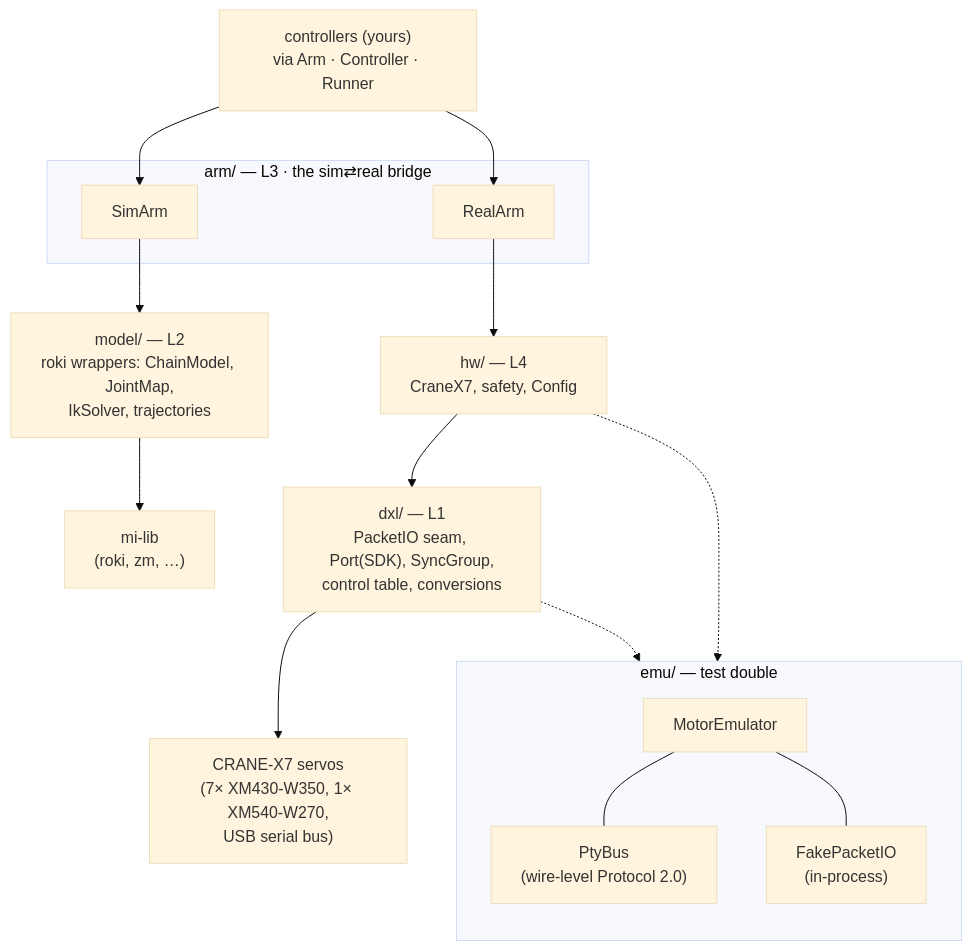
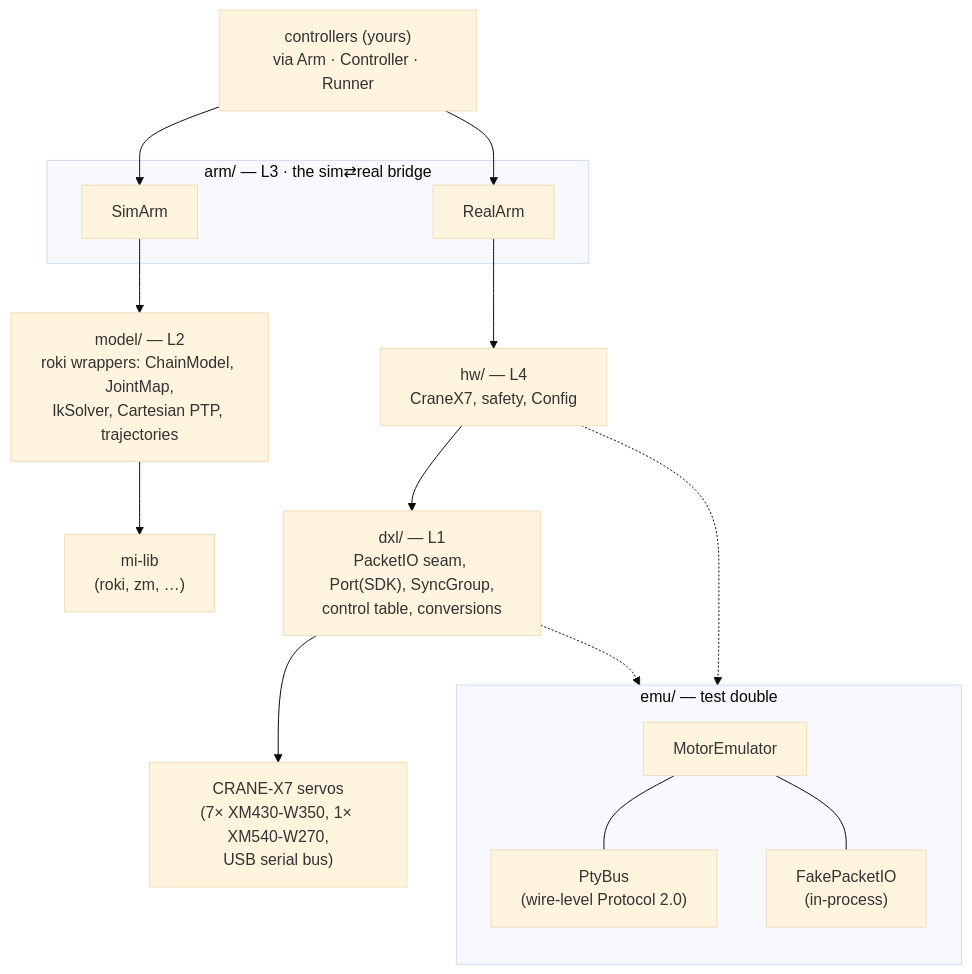
Before and after one commit to hrshtst/rtctrl: the diagram in docs/guide/architecture.md, drawn with Mermaid (base theme). The commit also changed other lines of this file and 2 other files, not shown here.

Commit message:
docs: document Cartesian PTP planning

````diff
--- a/docs/guide/architecture.md
+++ b/docs/guide/architecture.md
@@ -5,35 +5,35 @@
 ```mermaid
 flowchart TB
     C["controllers (yours)<br>via Arm · Controller · Runner"]
 
     subgraph ARM["arm/ — L3 · the sim⇄real bridge"]
         SIM["SimArm"]
         REAL["RealArm"]
     end
 
-    MODEL["model/ — L2<br>roki wrappers: ChainModel, JointMap,<br>IkSolver, trajectories"]
+    MODEL["model/ — L2<br>roki wrappers: ChainModel, JointMap,<br>IkSolver, Cartesian PTP, trajectories"]
     HW["hw/ — L4<br>CraneX7, safety, Config"]
     MILIB["mi-lib<br>(roki, zm, …)"]
     DXL["dxl/ — L1<br>PacketIO seam, Port(SDK), SyncGroup,<br>control table, conversions"]
 
     subgraph EMU["emu/ — test double"]
         direction TB
         ME["MotorEmulator"]
         PTY["PtyBus<br>(wire-level Protocol 2.0)"]
         FAKE["FakePacketIO<br>(in-process)"]
         ME --- PTY
         ME --- FAKE
     end
 
     MOTORS["CRANE-X7 servos<br>(7× XM430-W350, 1× XM540-W270,<br>USB serial bus)"]
 
     C --> SIM
     C --> REAL
     SIM --> MODEL
     REAL --> HW
     MODEL --> MILIB
     HW --> DXL
     DXL --> MOTORS
     HW -.-> FAKE
     DXL -.-> PTY
 ```
````
